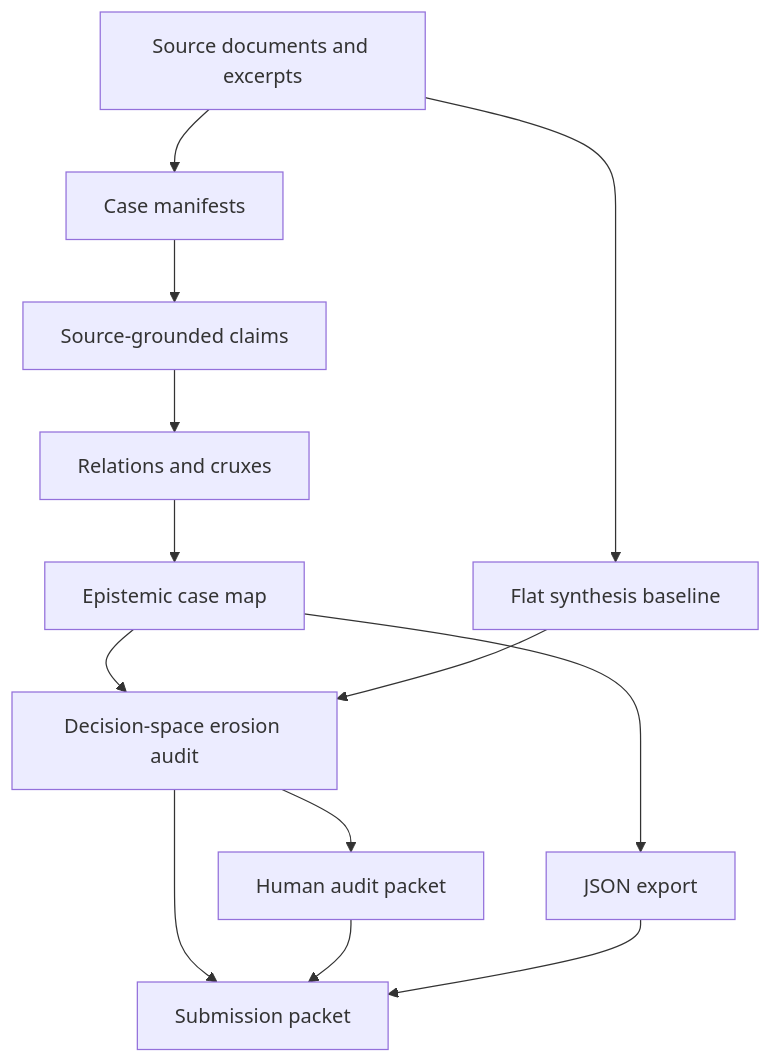
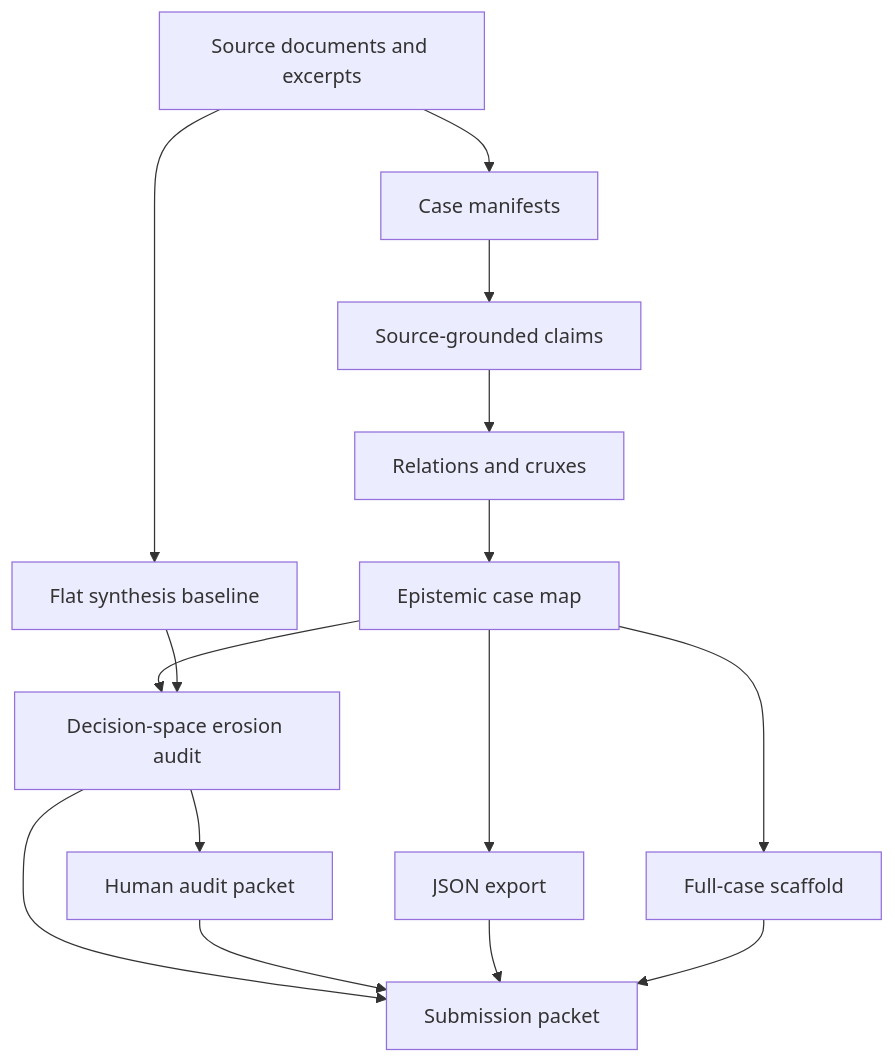
Before and after one commit to etalbert102/epistemic_case_mapper: the diagram in docs/ARCHITECTURE.md, drawn with Mermaid. The commit also changed other lines of this file and 18 other files, not shown here.

Commit message:
Add full-case knowledge scaffolds

````diff
--- a/docs/ARCHITECTURE.md
+++ b/docs/ARCHITECTURE.md
@@ -7,15 +7,17 @@
 ```mermaid
 flowchart TD
     A[Source documents and excerpts] --> B[Case manifests]
     B --> C[Source-grounded claims]
     C --> D[Relations and cruxes]
     D --> E[Epistemic case map]
+    E --> K[Full-case scaffold]
     A --> F[Flat synthesis baseline]
     E --> G[Decision-space erosion audit]
     F --> G
     G --> H[Human audit packet]
     E --> I[JSON export]
     G --> J[Submission packet]
     H --> J
     I --> J
+    K --> J
 ```
````
